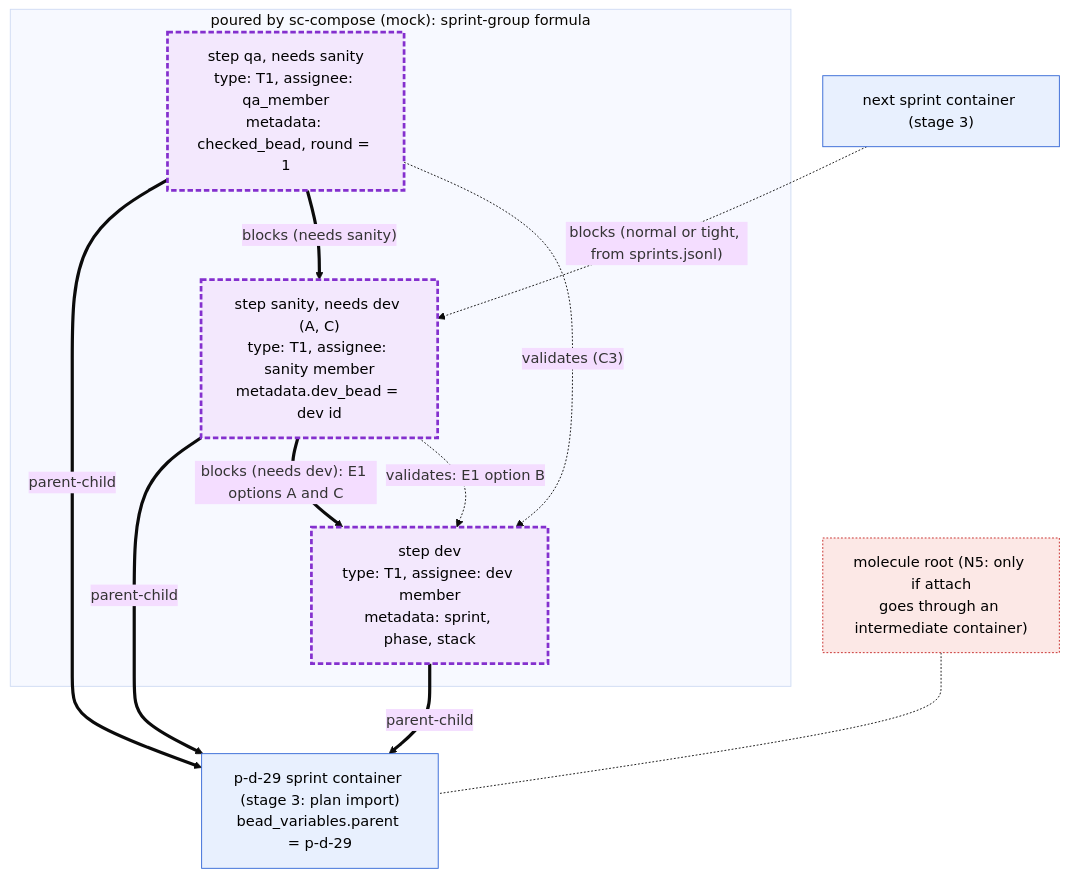
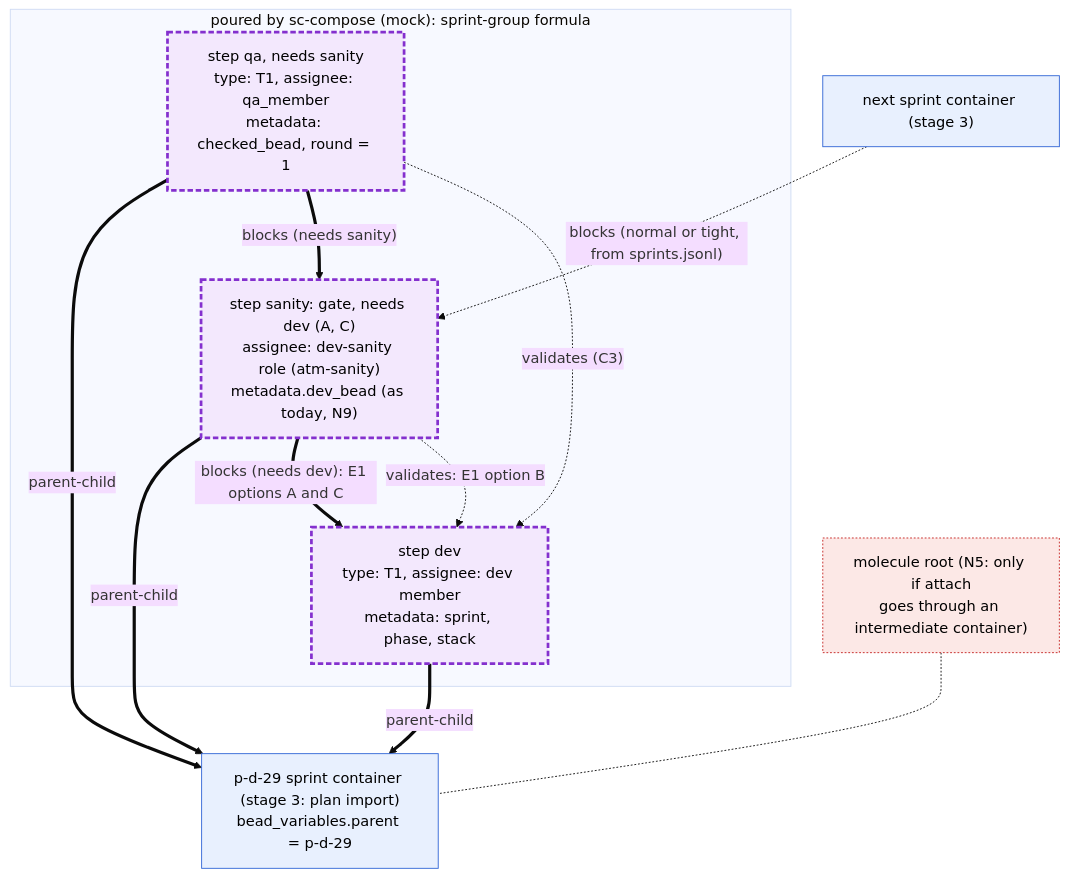
Before and after one commit to randlee/atm-bd-orchestration: the second of 4 diagrams in docs/diagrams/07-sc-compose-formula.md, drawn with Mermaid (base theme). The commit also changed other lines of this file and 5 other files, not shown here.

First line of the commit message:
docs: record Rand's Q1, N7-N10 rulings in the bead diagrams

````diff
--- a/docs/diagrams/07-sc-compose-formula.md
+++ b/docs/diagrams/07-sc-compose-formula.md
@@ -92,25 +112,25 @@
 ```mermaid
 flowchart TB
   classDef tmpl fill:#e8f0fe,stroke:#3367d6,color:#000
   classDef poured fill:#f3e8fd,stroke:#8430ce,stroke-width:3px,stroke-dasharray:6 3,color:#000
   classDef open fill:#fce8e6,stroke:#c5221f,stroke-dasharray:2 2,color:#000
 
   SPR["p-d-29 sprint container (stage 3: plan import)<br/>bead_variables.parent = p-d-29"]:::tmpl
   MOL["molecule root (N5: only if attach<br/>goes through an intermediate container)"]:::open
   subgraph POUR["poured by sc-compose (mock): sprint-group formula"]
     DEV["step dev<br/>type: T1, assignee: dev member<br/>metadata: sprint, phase, stack"]:::poured
-    SAN["step sanity, needs dev (A, C)<br/>type: T1, assignee: sanity member<br/>metadata.dev_bead = dev id"]:::poured
+    SAN["step sanity: gate, needs dev (A, C)<br/>assignee: dev-sanity role (atm-sanity)<br/>metadata.dev_bead (as today, N9)"]:::poured
     QA["step qa, needs sanity<br/>type: T1, assignee: qa_member<br/>metadata: checked_bead, round = 1"]:::poured
   end
   NEXT["next sprint container (stage 3)"]:::tmpl
 
   DEV ==>|parent-child| SPR
   SAN ==>|parent-child| SPR
   QA ==>|parent-child| SPR
   SAN ==>|"blocks (needs dev): E1 options A and C"| DEV
   SAN -.->|"validates: E1 option B"| DEV
   QA ==>|"blocks (needs sanity)"| SAN
   QA -.->|"validates (C3)"| DEV
   NEXT -.->|"blocks (normal or tight, from sprints.jsonl)"| SAN
   MOL -.- SPR
 ```
````
